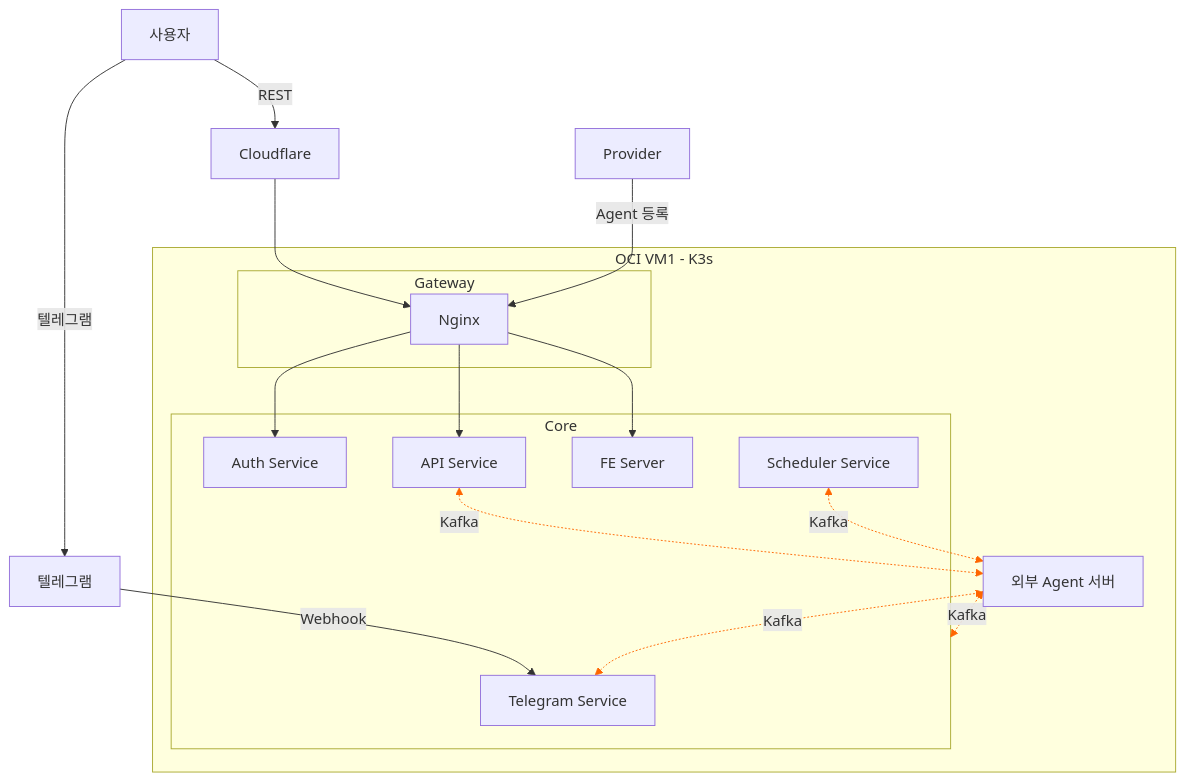
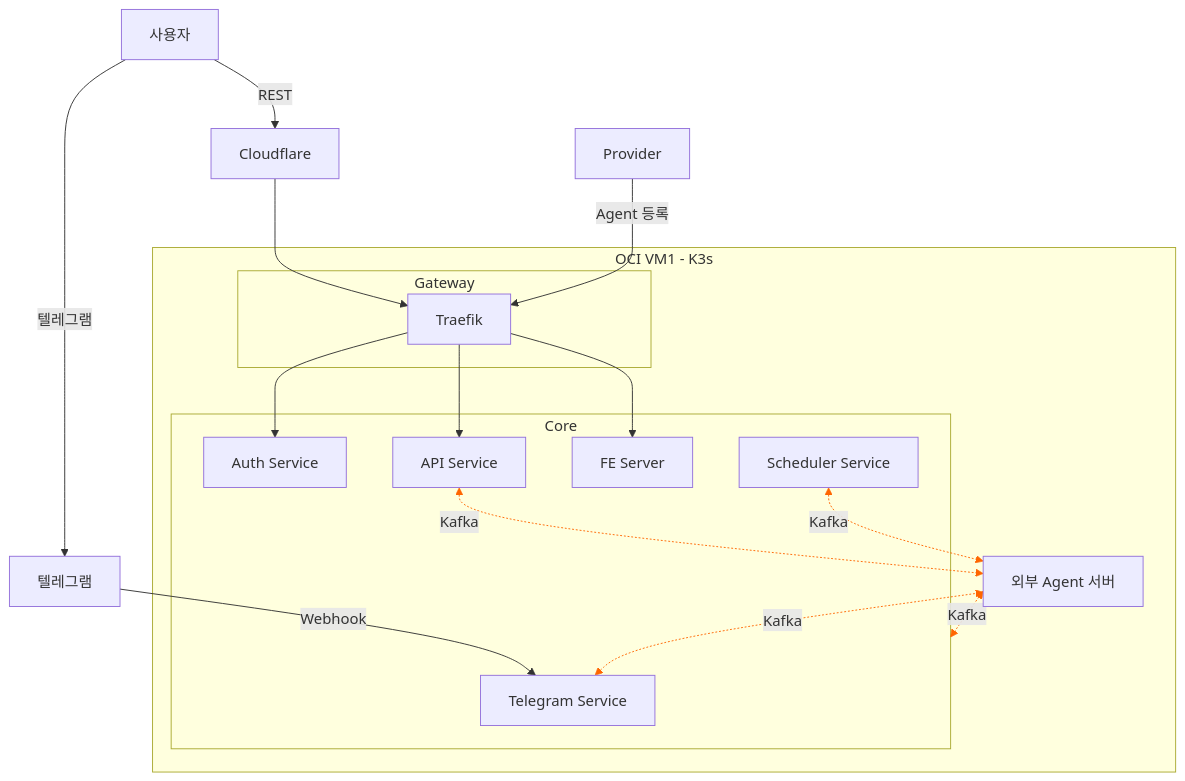
Before and after one commit to genie49/bara-world: the diagram in docs/spec/overview.md, drawn with Mermaid. The commit also changed other lines of this file and 6 other files, not shown here.

Commit message:
docs(infra): 문서에 Traefik + Gateway API 전환 반영

````diff
--- a/docs/spec/overview.md
+++ b/docs/spec/overview.md
@@ -9,37 +9,37 @@
 ```mermaid
 graph TD
     User[사용자] -->|REST| CF[Cloudflare]
     User -->|텔레그램| TG[텔레그램]
 
-    CF --> Nginx
+    CF --> Traefik
     TG -->|Webhook| Bot
 
     subgraph VM1[OCI VM1 - K3s]
         subgraph gateway[Gateway]
-            Nginx[Nginx]
+            Traefik[Traefik]
         end
 
         subgraph core[Core]
             Auth[Auth Service]
             ApiSvc[API Service]
             FE[FE Server]
             Bot[Telegram Service]
             Sched[Scheduler Service]
         end
 
-        Nginx --> Auth
-        Nginx --> ApiSvc
-        Nginx --> FE
+        Traefik --> Auth
+        Traefik --> ApiSvc
+        Traefik --> FE
         ApiSvc <-.->|Kafka| Agents
         Bot <-.->|Kafka| Agents
         Sched <-.->|Kafka| Agents
     end
 
-    Provider[Provider] -->|Agent 등록| Nginx
+    Provider[Provider] -->|Agent 등록| Traefik
     Agents[외부 Agent 서버] <-.->|Kafka| core
 
     linkStyle 7 stroke:#ff6600
     linkStyle 8 stroke:#ff6600
     linkStyle 9 stroke:#ff6600
     linkStyle 11 stroke:#ff6600
 ```
````
